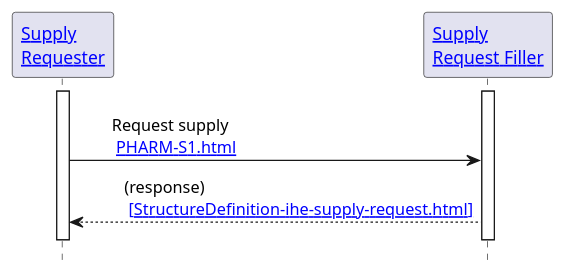
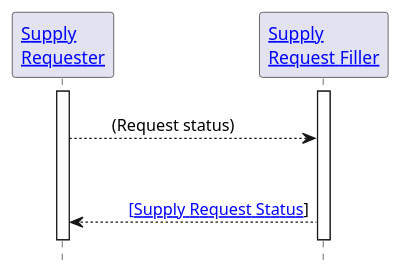
Before and after one commit to IHE/pharm-supply: the diagram in input/images-source/pharm-s2.plantuml, drawn with PlantUML. The commit also changed 14 other files, not shown here.

```diff
--- a/input/images-source/pharm-s2.plantuml
+++ b/input/images-source/pharm-s2.plantuml
@@ -1,22 +1,22 @@
 @startuml
 
 hide footbox
 
 '!include ./style.iuml
 
 
 Participant "[[actors_and_transactions.html#supply-requester Supply\nRequester]]" as SR
 Participant "[[actors_and_transactions.html#supply-request-filler Supply\nRequest Filler]]" as RF
 
 activate SR
 activate RF
 
 SR -[hidden]> RF 
-SR -> RF: \tRequest supply \n\t [[PHARM-S1.html{Supply Request Status} ]]
-SR <-- RF: \t(response)\n\t [[PHARM-S1.html{Supply Request Status} ~[StructureDefinition-ihe-supply-request.html~]]]
+SR --> RF: \t(Request status) 
+SR <-- RF: \t\n\t \n\t [[StructureDefinition-SupplyRequest.html{Supply Request Status} ~[Supply Request Status]]]
 SR -[hidden]> RF
 
 deactivate SR
 deactivate RF
 
 @enduml
```
